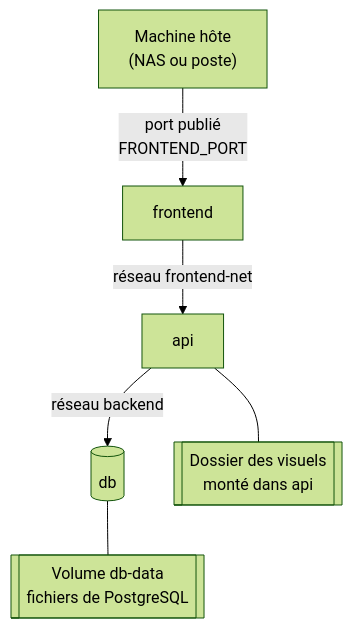
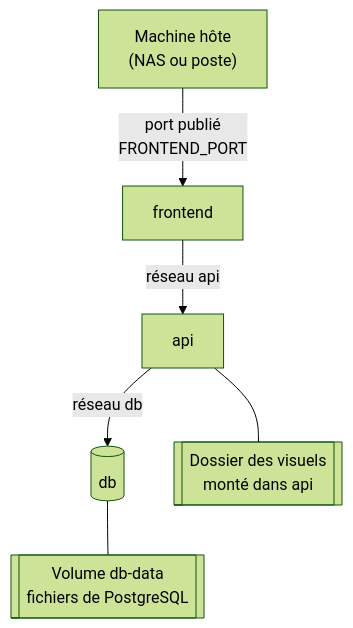
The first of 2 diagrams in docs/tech/architecture/vue-d-ensemble.md (Tetram76/bdtheque-claude), drawn with Mermaid (forest theme) before and after one commit. The commit also changed other lines of this file and 9 other files, not shown here.

````diff
--- a/docs/tech/architecture/vue-d-ensemble.md
+++ b/docs/tech/architecture/vue-d-ensemble.md
@@ -20,15 +20,15 @@
 ```mermaid
 flowchart TB
     host["Machine hôte<br/>(NAS ou poste)"]
     frontend["frontend"]
     api["api"]
     db[("db")]
     dbdata[["Volume db-data<br/>fichiers de PostgreSQL"]]
     visuals[["Dossier des visuels<br/>monté dans api"]]
 
     host -- "port publié<br/>FRONTEND_PORT" --> frontend
-    frontend -- "réseau frontend-net" --> api
-    api -- "réseau backend" --> db
+    frontend -- "réseau api" --> api
+    api -- "réseau db" --> db
     db --- dbdata
     api --- visuals
 ```
````
